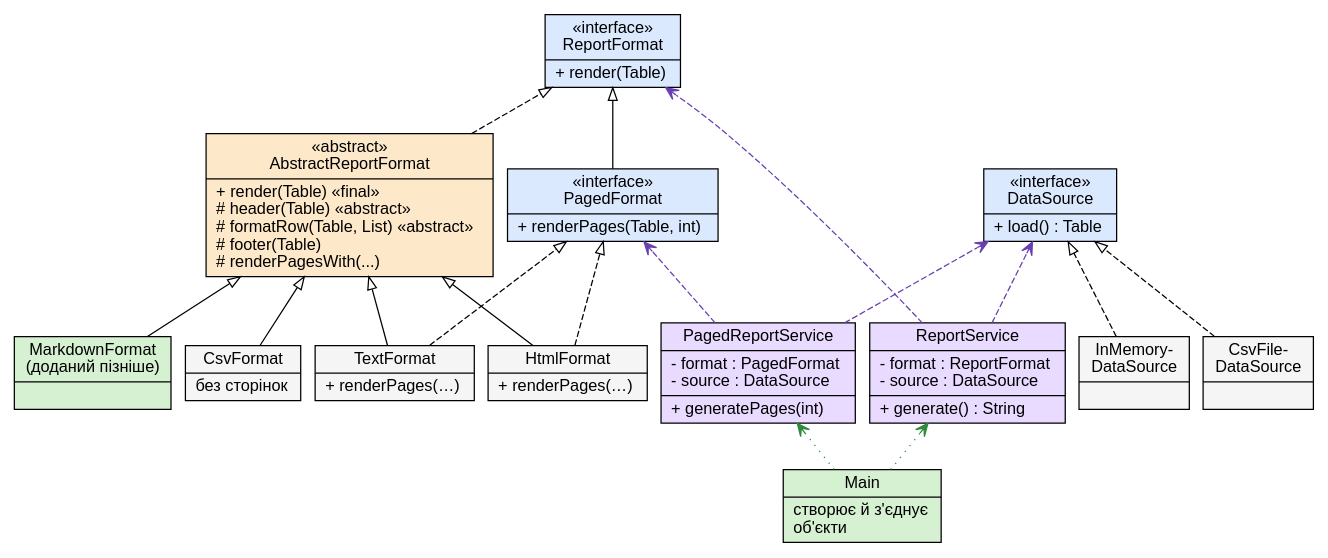
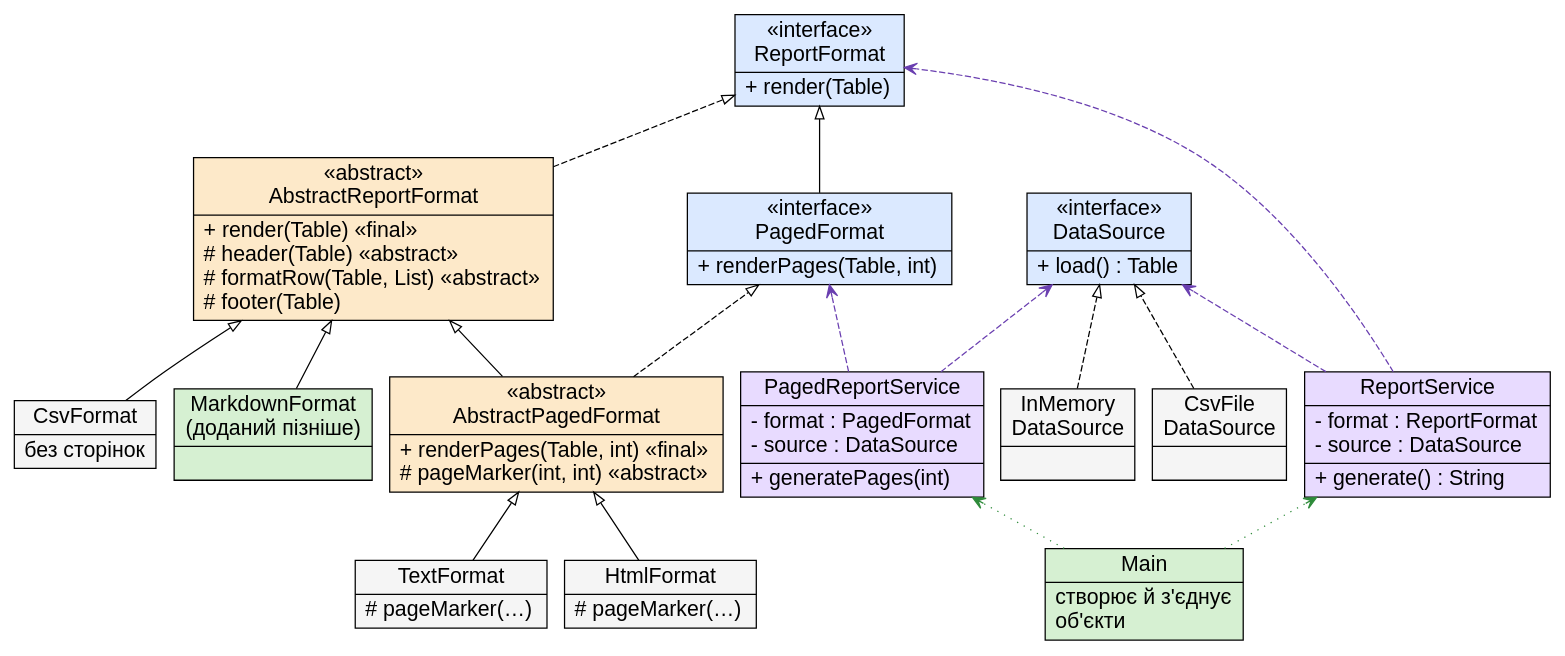
Before and after one commit to brizzinck/krinzhrepoduta: the diagram in java/lr-4/diagrams/classes.dot, drawn with Graphviz. The commit also changed 158 other files, not shown here.

```diff
--- a/java/lr-4/diagrams/classes.dot
+++ b/java/lr-4/diagrams/classes.dot
@@ -1,38 +1,39 @@
 digraph G {
-  rankdir=BT; nodesep=0.15; ranksep=0.5;
+  rankdir=BT; nodesep=0.2; ranksep=0.55;
   graph [fontname="Liberation Sans", bgcolor="white"];
-  node [shape=record, fontname="Liberation Sans", fontsize=13, style=filled, fillcolor="#f5f5f5"];
-  edge [fontname="Liberation Sans", fontsize=11];
+  node [shape=record, fontname="Liberation Sans", fontsize=17, style=filled, fillcolor="#f5f5f5"];
+  edge [fontname="Liberation Sans", fontsize=14];
 
   ReportFormat [fillcolor="#dbe9ff", label="{«interface»\nReportFormat|+ render(Table)\l}"];
   PagedFormat [fillcolor="#dbe9ff", label="{«interface»\nPagedFormat|+ renderPages(Table, int)\l}"];
   DataSource [fillcolor="#dbe9ff", label="{«interface»\nDataSource|+ load() : Table\l}"];
-  Abstract [fillcolor="#fde9c9", label="{«abstract»\nAbstractReportFormat|+ render(Table)  «final»\l# header(Table)  «abstract»\l# formatRow(Table, List)  «abstract»\l# footer(Table)\l# renderPagesWith(...)\l}"];
-  Text [label="{TextFormat|+ renderPages(…)\l}"];
-  Html [label="{HtmlFormat|+ renderPages(…)\l}"];
+  Abstract [fillcolor="#fde9c9", label="{«abstract»\nAbstractReportFormat|+ render(Table)  «final»\l# header(Table)  «abstract»\l# formatRow(Table, List)  «abstract»\l# footer(Table)\l}"];
+  AbsPaged [fillcolor="#fde9c9", label="{«abstract»\nAbstractPagedFormat|+ renderPages(Table, int)  «final»\l# pageMarker(int, int)  «abstract»\l}"];
+  Text [label="{TextFormat|# pageMarker(…)\l}"];
+  Html [label="{HtmlFormat|# pageMarker(…)\l}"];
   Csv [label="{CsvFormat|без сторінок\l}"];
   Md [fillcolor="#d6f0d2", label="{MarkdownFormat\n(доданий пізніше)|}"];
-  Mem [label="{InMemory-\nDataSource|}"];
-  File [label="{CsvFile-\nDataSource|}"];
+  Mem [label="{InMemory\nDataSource|}"];
+  File [label="{CsvFile\nDataSource|}"];
   Service [fillcolor="#e8dbff", label="{ReportService|- format : ReportFormat\l- source : DataSource\l|+ generate() : String\l}"];
   Paged [fillcolor="#e8dbff", label="{PagedReportService|- format : PagedFormat\l- source : DataSource\l|+ generatePages(int)\l}"];
   Main [fillcolor="#d6f0d2", label="{Main|створює й з'єднує\lоб'єкти\l}"];
 
   PagedFormat -> ReportFormat [arrowhead=empty];
   Abstract -> ReportFormat [arrowhead=empty, style=dashed];
-  Text -> Abstract [arrowhead=empty];
-  Html -> Abstract [arrowhead=empty];
+  AbsPaged -> Abstract [arrowhead=empty];
+  AbsPaged -> PagedFormat [arrowhead=empty, style=dashed];
+  Text -> AbsPaged [arrowhead=empty];
+  Html -> AbsPaged [arrowhead=empty];
   Csv -> Abstract [arrowhead=empty];
   Md -> Abstract [arrowhead=empty];
-  Text -> PagedFormat [arrowhead=empty, style=dashed];
-  Html -> PagedFormat [arrowhead=empty, style=dashed];
   Mem -> DataSource [arrowhead=empty, style=dashed];
   File -> DataSource [arrowhead=empty, style=dashed];
 
   Service -> ReportFormat [arrowhead=vee, style=dashed, color="#6a3fb0"];
   Service -> DataSource [arrowhead=vee, style=dashed, color="#6a3fb0"];
   Paged -> PagedFormat [arrowhead=vee, style=dashed, color="#6a3fb0"];
   Paged -> DataSource [arrowhead=vee, style=dashed, color="#6a3fb0"];
   Main -> Service [arrowhead=vee, style=dotted, color="#2e8b3a"];
   Main -> Paged [arrowhead=vee, style=dotted, color="#2e8b3a"];
 }
```
